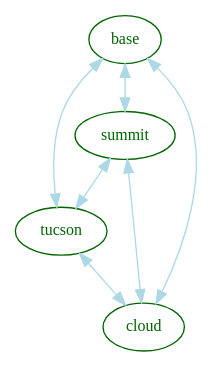
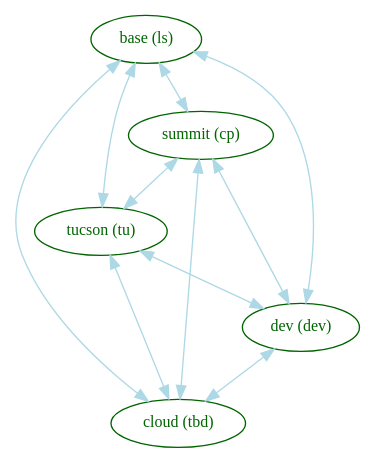
The diagram in _static/ldap_replication.dot (LSST-IT/ittn-002), drawn with Graphviz before and after one commit. The commit also changed 1 other file, not shown here.

Commit message:
add "dev" site to ldap graph

```diff
--- a/_static/ldap_replication.dot
+++ b/_static/ldap_replication.dot
@@ -1,28 +1,34 @@
 digraph top {
 //  dpi=100
   ranksep=0.5
   rankdir=TB
   overlap=false
   newrank=true
   clusterrank=local
 
   {
     node [shape=ellipse fontsize=12 style=filled fillcolor=white color=darkgreen fontcolor=darkgreen]
-    base [label="base"]
-    summit [label="summit"]
-    tucson [label="tucson"]
-    cloud [label="cloud"]
+    base [label="base (ls)"]
+    summit [label="summit (cp)"]
+    tucson [label="tucson (tu)"]
+    cloud [label="cloud (tbd)"]
+    dev [label="dev (dev)"]
   }
 
   {
     edge [color=lightblue dir=both]
-    base -> summit
-    base -> tucson
-    base -> cloud
+    base -> summit [dir=both]
+    base -> tucson [dir=both]
+    base -> cloud [dir=both]
+    base -> dev [dir=both]
 
-    summit -> tucson
-    summit -> cloud
+    summit -> tucson [dir=both]
+    summit -> cloud [dir=both]
+    summit -> dev [dir=both]
 
-    tucson -> cloud
+    tucson -> cloud [dir=both]
+    tucson -> dev [dir=both]
+
+    dev -> cloud [dir=both]
   }
 }
```
